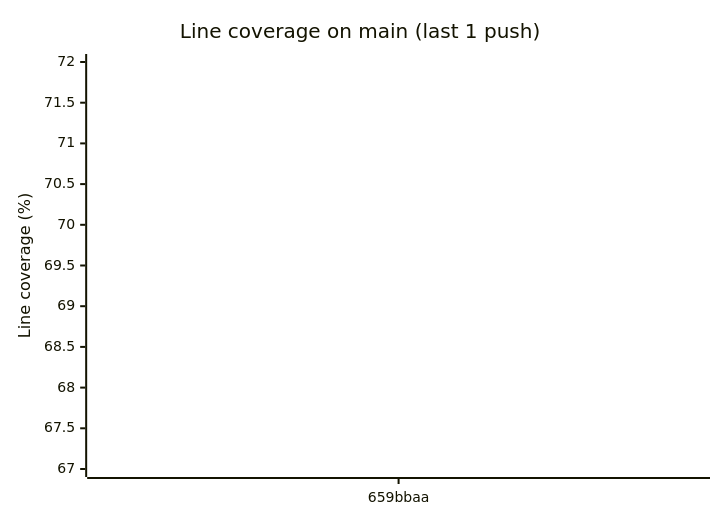
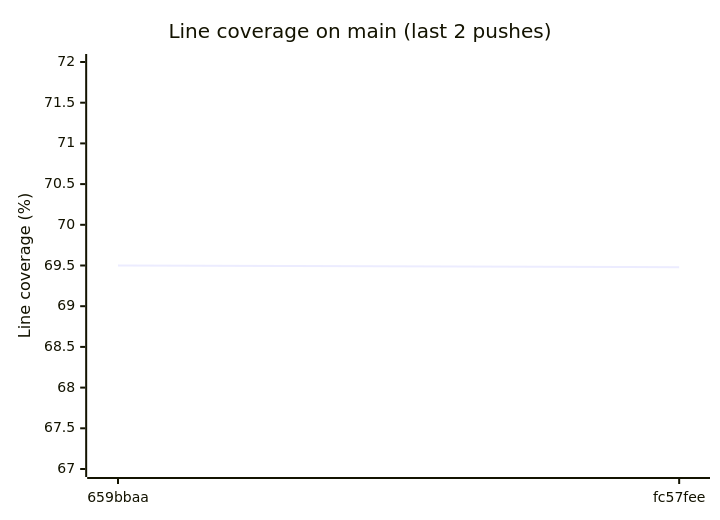
The diagram in README.md (enaweg/godot-epluginframework), drawn with Mermaid before and after one commit. The commit also changed other lines of this file and 2 other files, not shown here.

Commit message:
chore: record coverage of fc57fee

````diff
--- a/README.md
+++ b/README.md
@@ -9,7 +9,7 @@
 ```mermaid
 xychart-beta
-    title "Line coverage on main (last 1 push)"
-    x-axis ["659bbaa"]
+    title "Line coverage on main (last 2 pushes)"
+    x-axis ["659bbaa", "fc57fee"]
     y-axis "Line coverage (%)" 67 --> 72
-    line [69.50]
+    line [69.50, 69.48]
 ```
````
